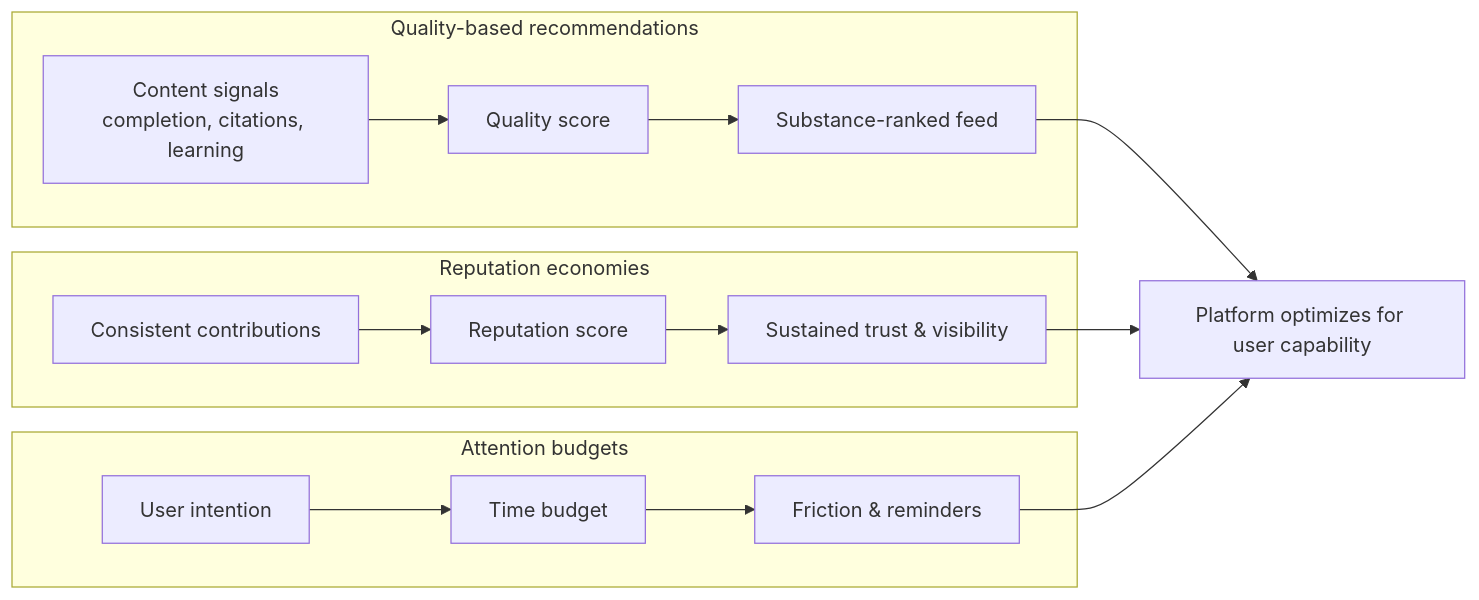
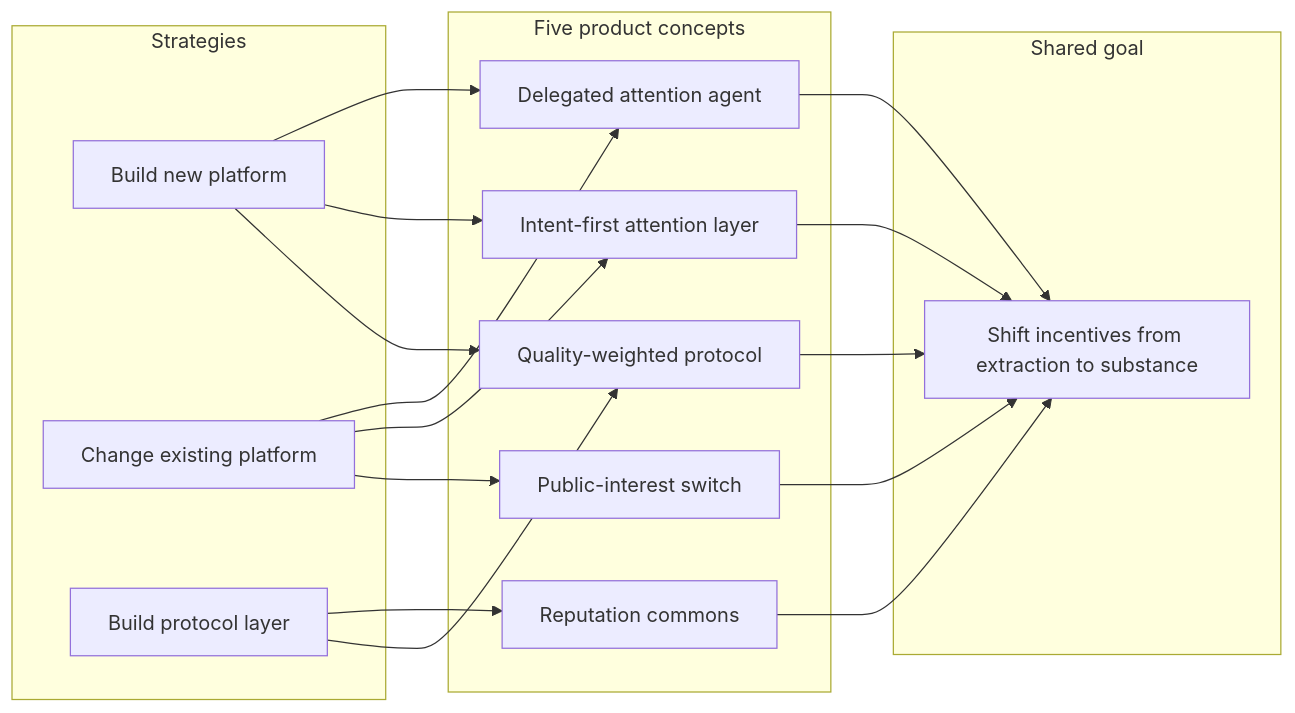
One commit to aura-knowledge/aura-knowledge.github.io changed the diagram in content/articles/2026/product-ideas-that-could-shift-incentives/article.md. Above: the diagram before and after it, drawn with Mermaid. The commit also changed other lines of this file and 99 other files, not shown here.

````diff
--- a/content/articles/2026/product-ideas-that-could-shift-incentives/article.md
+++ b/content/articles/2026/product-ideas-that-could-shift-incentives/article.md
@@ -66,21 +205,34 @@
 ```mermaid
 flowchart LR
-    subgraph Quality["Quality-based recommendations"]
-        A[Content signals<br/>completion, citations, learning] --> B[Quality score]
-        B --> C[Substance-ranked feed]
+    subgraph Strategies["Strategies"]
+        BN[Build new platform]
+        CE[Change existing platform]
+        PL[Build protocol layer]
     end
 
-    subgraph Reputation["Reputation economies"]
-        D[Consistent contributions] --> E[Reputation score]
-        E --> F[Sustained trust & visibility]
+    subgraph Concepts["Five product concepts"]
+        A[Quality-weighted protocol]
+        B[Public-interest switch]
+        C[Reputation commons]
+        D[Intent-first attention layer]
+        E[Delegated attention agent]
     end
 
-    subgraph Attention["Attention budgets"]
-        G[User intention] --> H[Time budget]
-        H --> I[Friction & reminders]
+    subgraph Goal["Shared goal"]
+        G[Shift incentives from extraction to substance]
     end
 
-    C --> J[Platform optimizes for user capability]
-    F --> J
-    I --> J
+    BN --> A
+    CE --> B
+    PL --> A
+    PL --> C
+    BN --> D
+    CE --> D
+    BN --> E
+    CE --> E
+    A --> G
+    B --> G
+    C --> G
+    D --> G
+    E --> G
 ```
````
